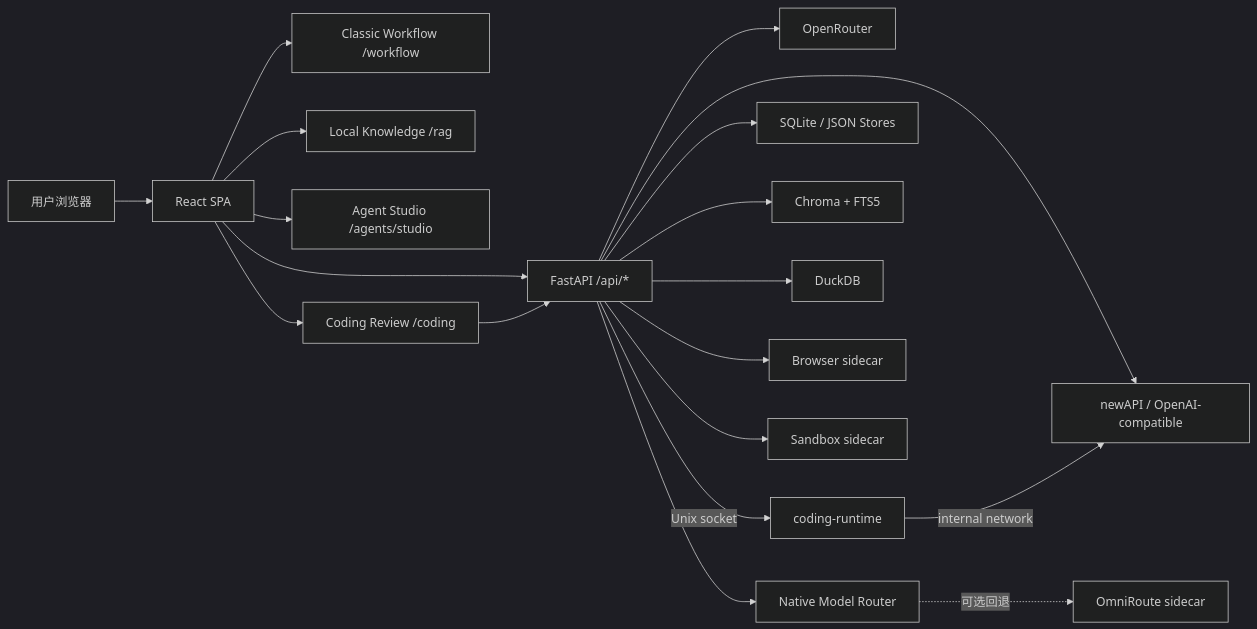
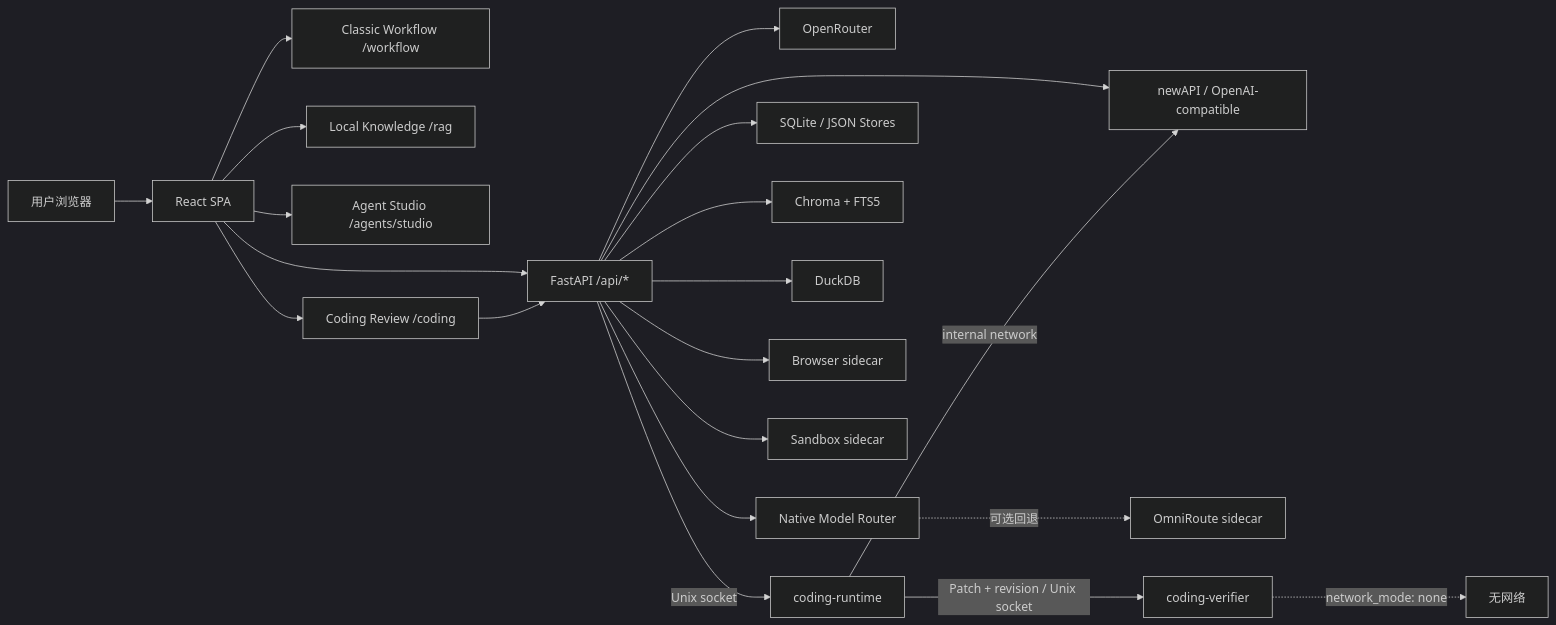
The first of 3 diagrams in docs/ARCHITECTURE.md (PinkElf-Elysia/ModelMirror), drawn with Mermaid (dark theme) before and after one commit. The commit also changed other lines of this file and 4 other files, not shown here.

````diff
--- a/docs/ARCHITECTURE.md
+++ b/docs/ARCHITECTURE.md
@@ -43,24 +44,26 @@
 ```mermaid
 flowchart LR
   U["用户浏览器"] --> SPA["React SPA"]
   SPA --> API["FastAPI /api/*"]
 
   SPA --> WF["Classic Workflow /workflow"]
   SPA --> RAG["Local Knowledge /rag"]
   SPA --> STUDIO["Agent Studio /agents/studio"]
   SPA --> CODING["Coding Review /coding"]
   CODING --> API
 
   API --> GW["newAPI / OpenAI-compatible"]
   API --> OR["OpenRouter"]
   API --> ROUTER["Native Model Router"]
   ROUTER -. "可选回退" .-> OMNI["OmniRoute sidecar"]
 
   API --> SQL["SQLite / JSON Stores"]
   API --> VECTOR["Chroma + FTS5"]
   API --> DX["DuckDB"]
   API --> BROWSER["Browser sidecar"]
   API --> SANDBOX["Sandbox sidecar"]
   API -->|"Unix socket"| CODER["coding-runtime"]
   CODER -->|"internal network"| GW
+  CODER -->|"Patch + revision / Unix socket"| VERIFY["coding-verifier"]
+  VERIFY -. "network_mode: none" .-> OFFLINE["无网络"]
 ```
````
